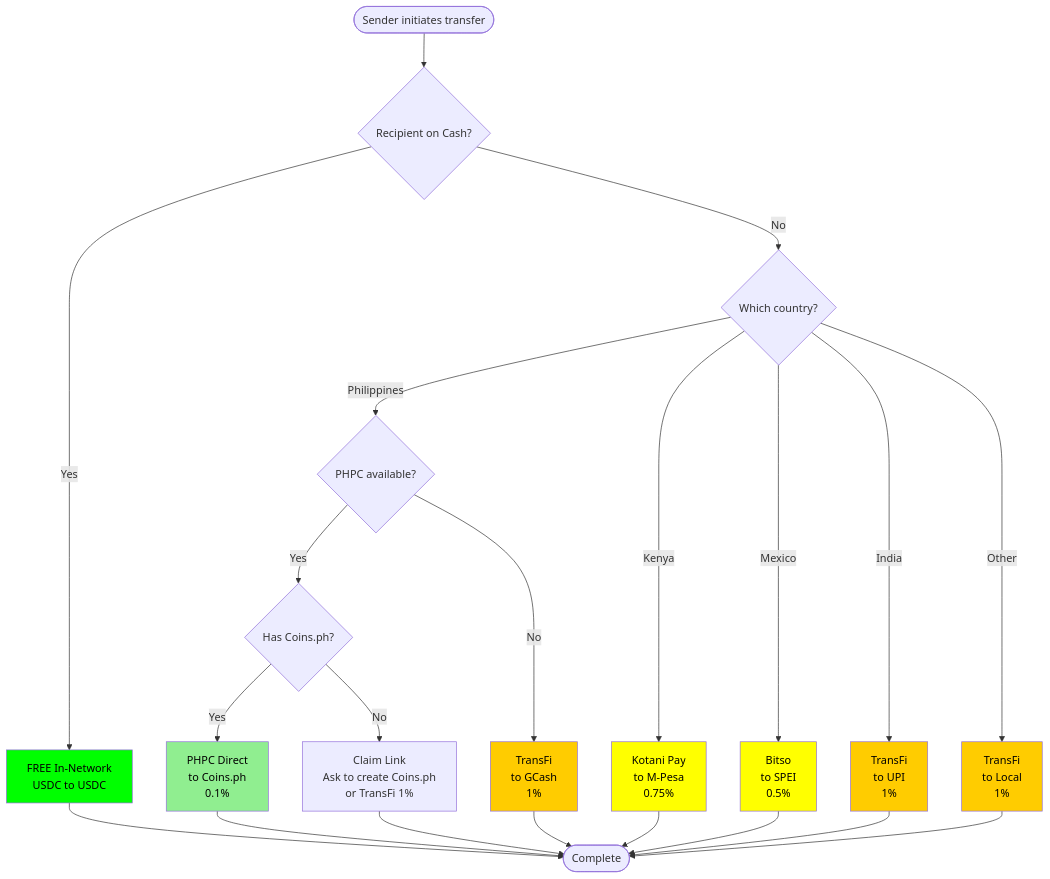
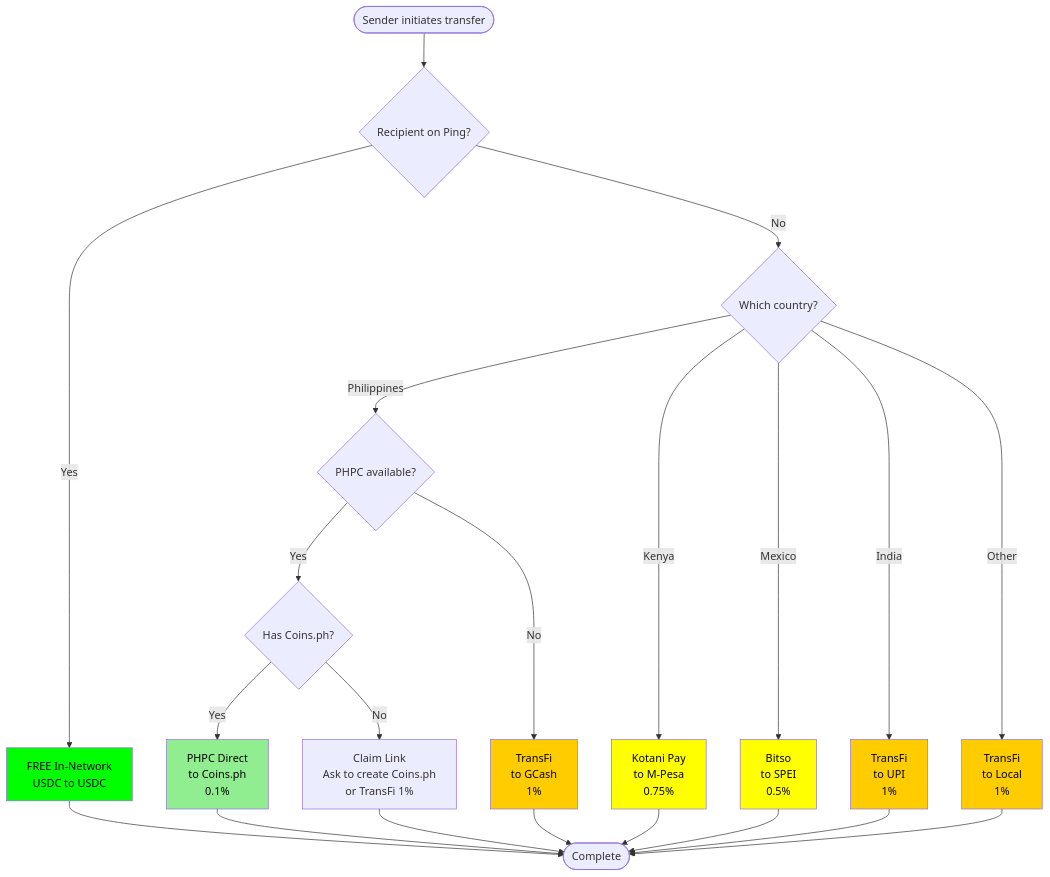
One commit to ping-cash/ping-cash changed the first of 11 diagrams in docs/FLOWS.md. Above: the diagram before and after it, drawn with Mermaid. The commit also changed other lines of this file and 38 other files, not shown here.

First line of the commit message:
chore: rebrand Cash → Ping; migrate to ping-cash/ping-cash

````diff
--- a/docs/FLOWS.md
+++ b/docs/FLOWS.md
@@ -11,37 +11,37 @@
 ```mermaid
 flowchart TD
-    Start([Sender initiates transfer]) --> CheckRecipient{Recipient on Cash?}
+    Start([Sender initiates transfer]) --> CheckRecipient{Recipient on Ping?}
 
     CheckRecipient -->|Yes| FreeTransfer[FREE In-Network<br/>USDC to USDC]
 
     CheckRecipient -->|No| CheckCountry{Which country?}
 
     CheckCountry -->|Philippines| CheckPHPC{PHPC available?}
     CheckCountry -->|Kenya| KotaniPay[Kotani Pay<br/>to M-Pesa<br/>0.75%]
     CheckCountry -->|Mexico| Bitso[Bitso<br/>to SPEI<br/>0.5%]
     CheckCountry -->|India| TransFiIndia[TransFi<br/>to UPI<br/>1%]
     CheckCountry -->|Other| TransFiOther[TransFi<br/>to Local<br/>1%]
 
     CheckPHPC -->|Yes| CheckCoins{Has Coins.ph?}
     CheckPHPC -->|No| TransFiPH[TransFi<br/>to GCash<br/>1%]
 
     CheckCoins -->|Yes| PHPCDirect[PHPC Direct<br/>to Coins.ph<br/>0.1%]
     CheckCoins -->|No| ClaimLink[Claim Link<br/>Ask to create Coins.ph<br/>or TransFi 1%]
 
     FreeTransfer --> Done([Complete])
     PHPCDirect --> Done
     KotaniPay --> Done
     Bitso --> Done
     TransFiIndia --> Done
     TransFiOther --> Done
     TransFiPH --> Done
     ClaimLink --> Done
 
     style FreeTransfer fill:#00ff00,color:#000
     style PHPCDirect fill:#90EE90,color:#000
     style Bitso fill:#ffff00,color:#000
     style KotaniPay fill:#ffff00,color:#000
     style TransFiIndia fill:#ffcc00,color:#000
     style TransFiOther fill:#ffcc00,color:#000
     style TransFiPH fill:#ffcc00,color:#000
 ```
````
